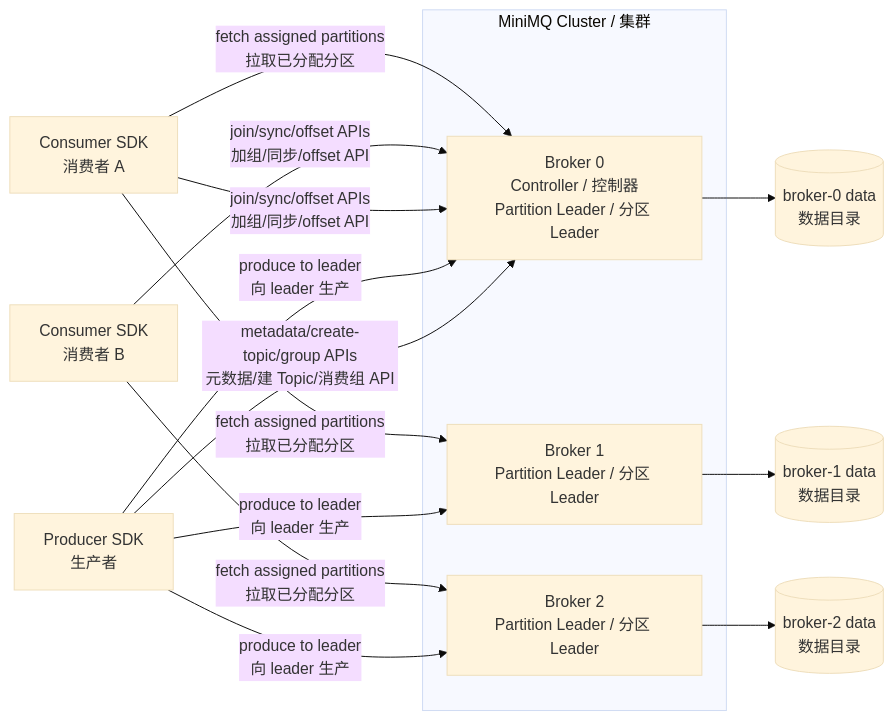
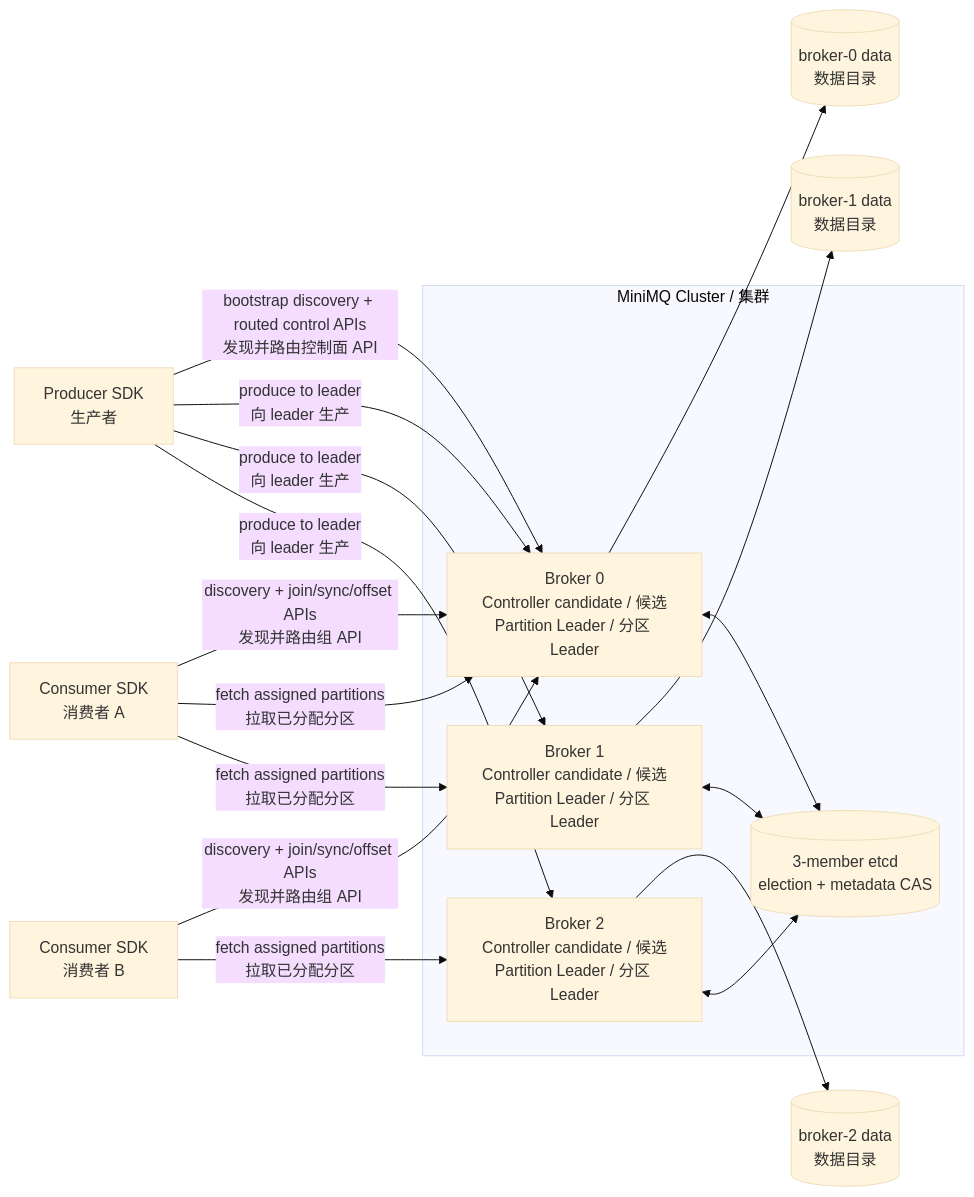
Before and after one commit to wxw121/miniMQ: the second of 5 diagrams in docs/architecture.md, drawn with Mermaid (base theme). The commit also changed other lines of this file and 107 other files, not shown here.

````diff
--- a/docs/architecture.md
+++ b/docs/architecture.md
@@ -61,31 +61,35 @@
 ```mermaid
 flowchart LR
     producer[Producer SDK<br/>生产者]
     consumer1[Consumer SDK<br/>消费者 A]
     consumer2[Consumer SDK<br/>消费者 B]
 
     subgraph Cluster[MiniMQ Cluster / 集群]
-        b0[Broker 0<br/>Controller / 控制器<br/>Partition Leader / 分区 Leader]
-        b1[Broker 1<br/>Partition Leader / 分区 Leader]
-        b2[Broker 2<br/>Partition Leader / 分区 Leader]
+        b0[Broker 0<br/>Controller candidate / 候选<br/>Partition Leader / 分区 Leader]
+        b1[Broker 1<br/>Controller candidate / 候选<br/>Partition Leader / 分区 Leader]
+        b2[Broker 2<br/>Controller candidate / 候选<br/>Partition Leader / 分区 Leader]
+        etcd[(3-member etcd<br/>election + metadata CAS)]
     end
 
     disk0[(broker-0 data<br/>数据目录)]
     disk1[(broker-1 data<br/>数据目录)]
     disk2[(broker-2 data<br/>数据目录)]
 
-    producer -- metadata/create-topic/group APIs<br/>元数据/建 Topic/消费组 API --> b0
+    producer -- bootstrap discovery + routed control APIs<br/>发现并路由控制面 API --> b0
     producer -- produce to leader<br/>向 leader 生产 --> b0
     producer -- produce to leader<br/>向 leader 生产 --> b1
     producer -- produce to leader<br/>向 leader 生产 --> b2
 
-    consumer1 -- join/sync/offset APIs<br/>加组/同步/offset API --> b0
-    consumer2 -- join/sync/offset APIs<br/>加组/同步/offset API --> b0
+    consumer1 -- discovery + join/sync/offset APIs<br/>发现并路由组 API --> b0
+    consumer2 -- discovery + join/sync/offset APIs<br/>发现并路由组 API --> b0
     consumer1 -- fetch assigned partitions<br/>拉取已分配分区 --> b0
     consumer1 -- fetch assigned partitions<br/>拉取已分配分区 --> b1
     consumer2 -- fetch assigned partitions<br/>拉取已分配分区 --> b2
 
     b0 --> disk0
     b1 --> disk1
     b2 --> disk2
+    b0 <--> etcd
+    b1 <--> etcd
+    b2 <--> etcd
 ```
````
